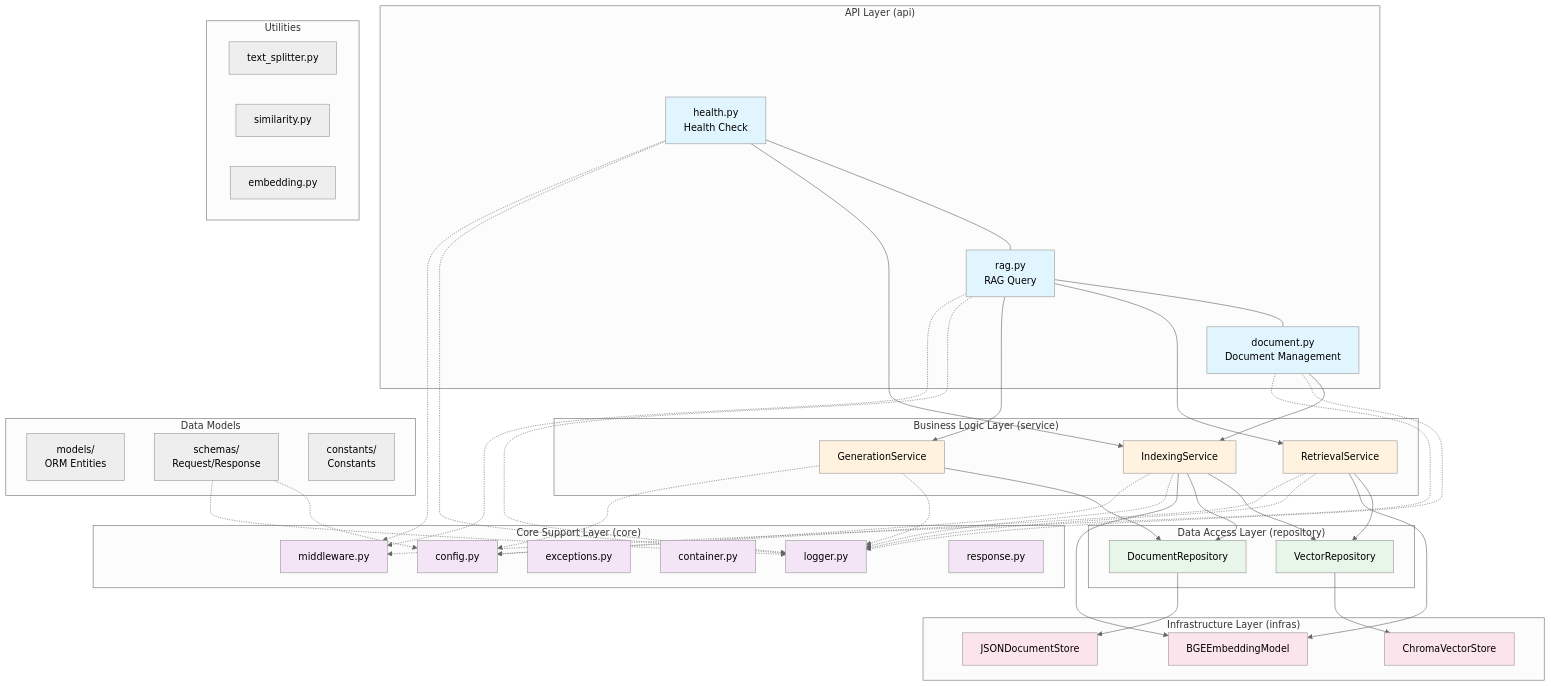
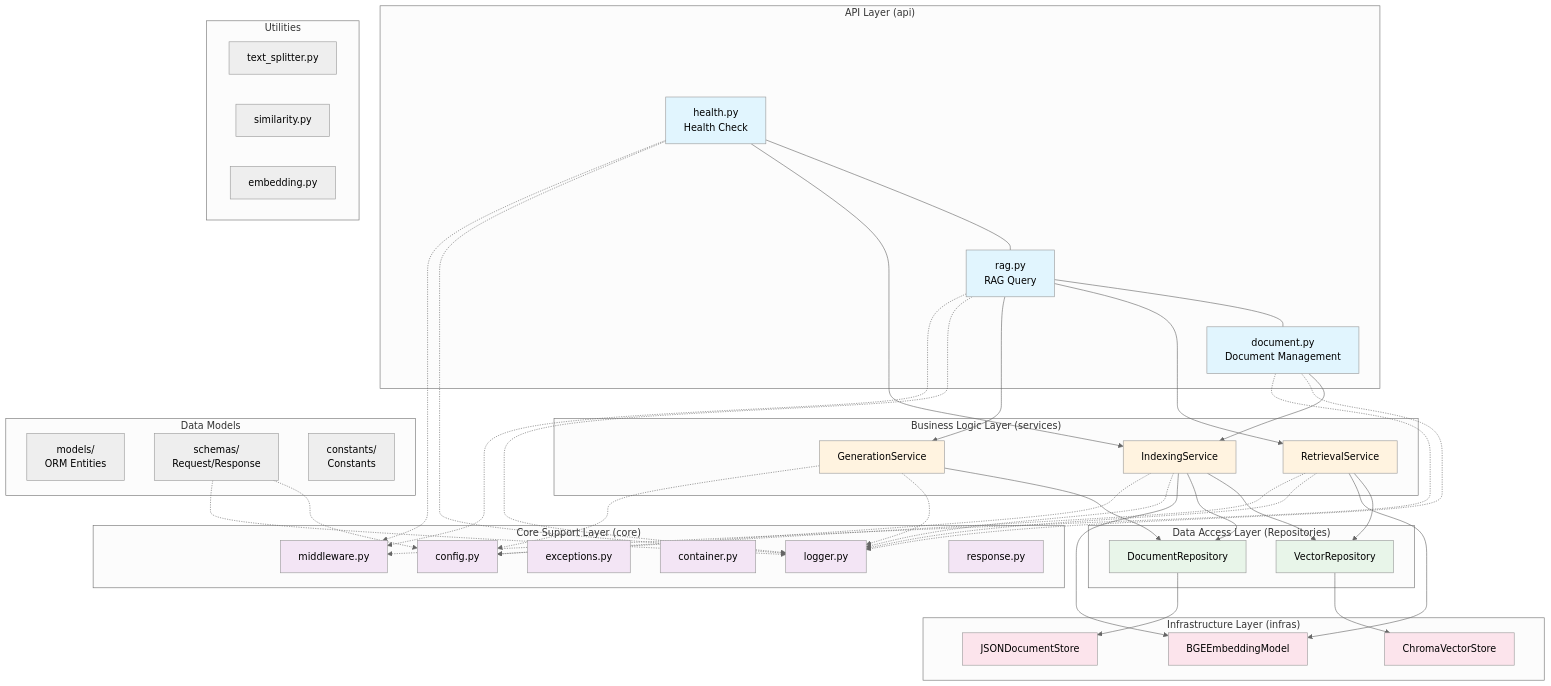
One commit to chain-engine/x-rag changed the first of 4 diagrams in README.en.md. Above: the diagram before and after it, drawn with Mermaid (neutral theme). The commit also changed other lines of this file and 16 other files, not shown here.

Commit message:
feat: rename repository and service directories

```diff
--- a/README.en.md
+++ b/README.en.md
@@ -105,13 +108,13 @@
         A1 --- A2 --- A3
     end
 
-    subgraph "Business Logic Layer (service)"
+    subgraph "Business Logic Layer (services)"
         S1["IndexingService"]
         S2["RetrievalService"]
         S3["GenerationService"]
     end
 
-    subgraph "Data Access Layer (repository)"
+    subgraph "Data Access Layer (Repositories)"
         R1["VectorRepository"]
         R2["DocumentRepository"]
     end
```
